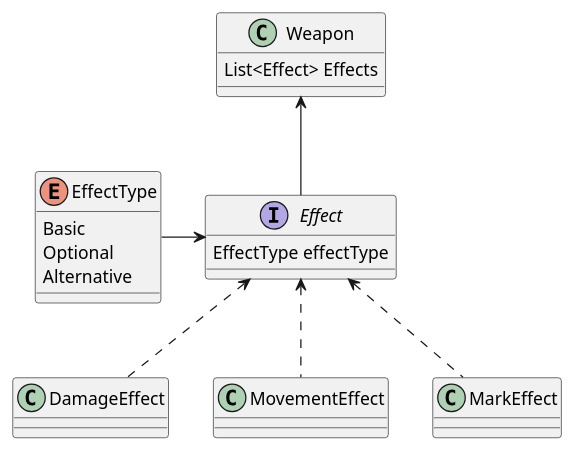
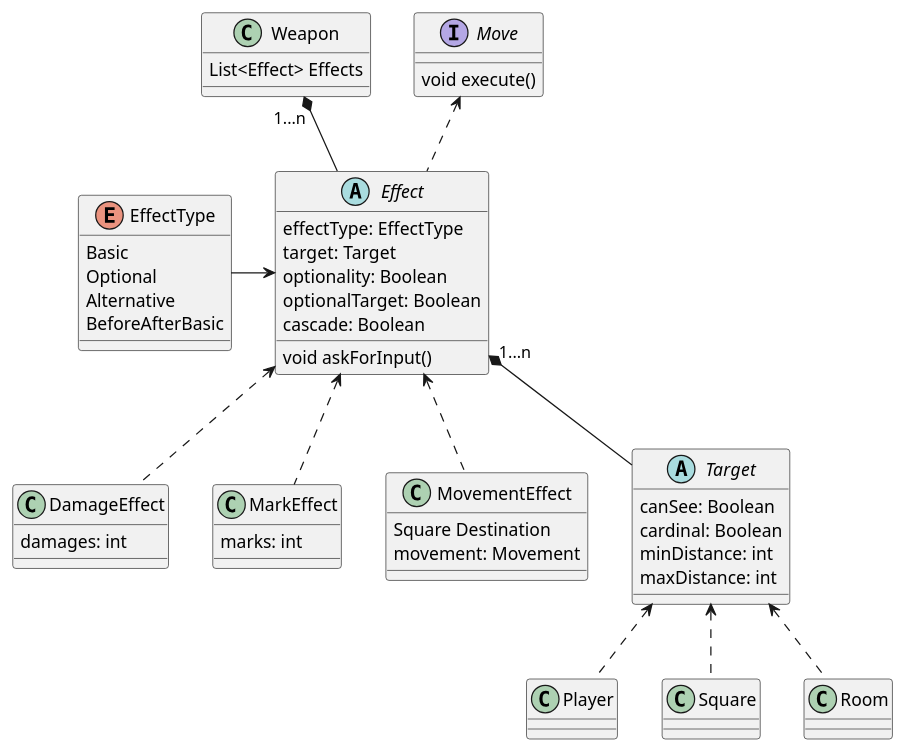
The diagram in utility/Weapon.puml (elenasl96/ing-sw-2019-6), drawn with PlantUML before and after one commit.

```diff
--- a/utility/Weapon.puml
+++ b/utility/Weapon.puml
@@ -1,20 +1,57 @@
 @startuml
 class Weapon{
     List<Effect> Effects
 }
 
 enum EffectType{
     Basic
     Optional
     Alternative
+    BeforeAfterBasic
+}
+interface Move{
+__
+void execute()
+}
+abstract Effect{
+    effectType: EffectType
+    target: Target
+    optionality: Boolean
+    optionalTarget: Boolean
+    cascade: Boolean
+    __
+    void askForInput()
 }
 
-interface Effect{
-    EffectType effectType
+class DamageEffect{
+    damages: int
 }
-Weapon <-- Effect
+class MarkEffect{
+    marks: int
+}
+class MovementEffect{
+    Square Destination
+    movement: Movement
+}
+
+Move <..Effect
+EffectType -> Effect
+Weapon "1...n" *-- Effect
 Effect <.. DamageEffect
 Effect <.. MovementEffect
 Effect <.. MarkEffect
-EffectType -> Effect
+
+
+abstract Target{
+    canSee: Boolean
+    cardinal: Boolean
+    minDistance: int
+    maxDistance: int
+}
+
+Target <.. Player
+Target <.. Square
+Target <.. Room
+
+Effect "1...n" *-- Target
 @enduml
```
